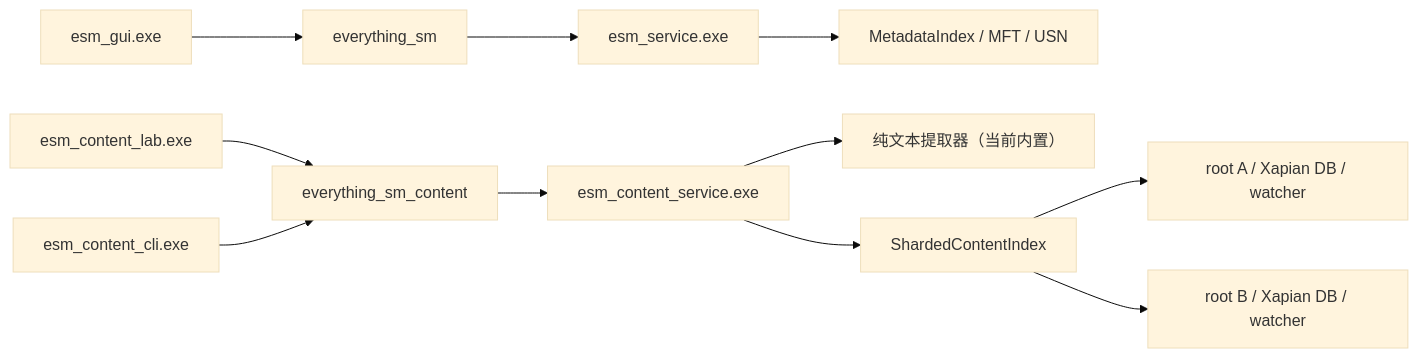
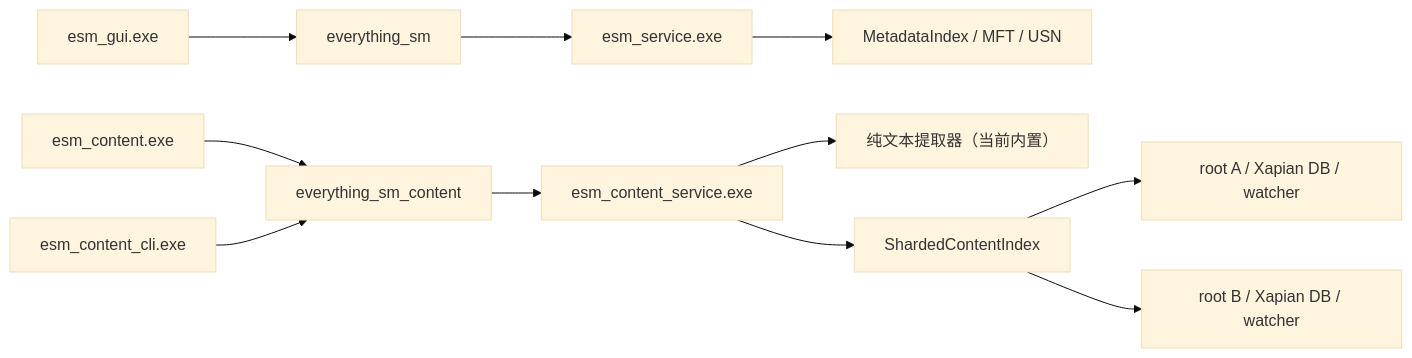
Before and after one commit to sunfengsheng/esm: the fifth of 6 diagrams in docs/ARCHITECTURE.md, drawn with Mermaid (base theme). The commit also changed other lines of this file and 16 other files, not shown here.

````diff
--- a/docs/ARCHITECTURE.md
+++ b/docs/ARCHITECTURE.md
@@ -280,14 +280,14 @@
 ```mermaid
 flowchart LR
     GUI["esm_gui.exe"] --> NamePipe["everything_sm"]
     NamePipe --> Service["esm_service.exe"]
     Service --> Metadata["MetadataIndex / MFT / USN"]
 
-    Lab["esm_content_lab.exe"] --> ContentPipe["everything_sm_content"]
+    Lab["esm_content.exe"] --> ContentPipe["everything_sm_content"]
     ContentCLI["esm_content_cli.exe"] --> ContentPipe
     ContentPipe --> ContentService["esm_content_service.exe"]
     ContentService --> Extract["纯文本提取器（当前内置）"]
     ContentService --> Shards["ShardedContentIndex"]
     Shards --> RootA["root A / Xapian DB / watcher"]
     Shards --> RootB["root B / Xapian DB / watcher"]
 ```
````
